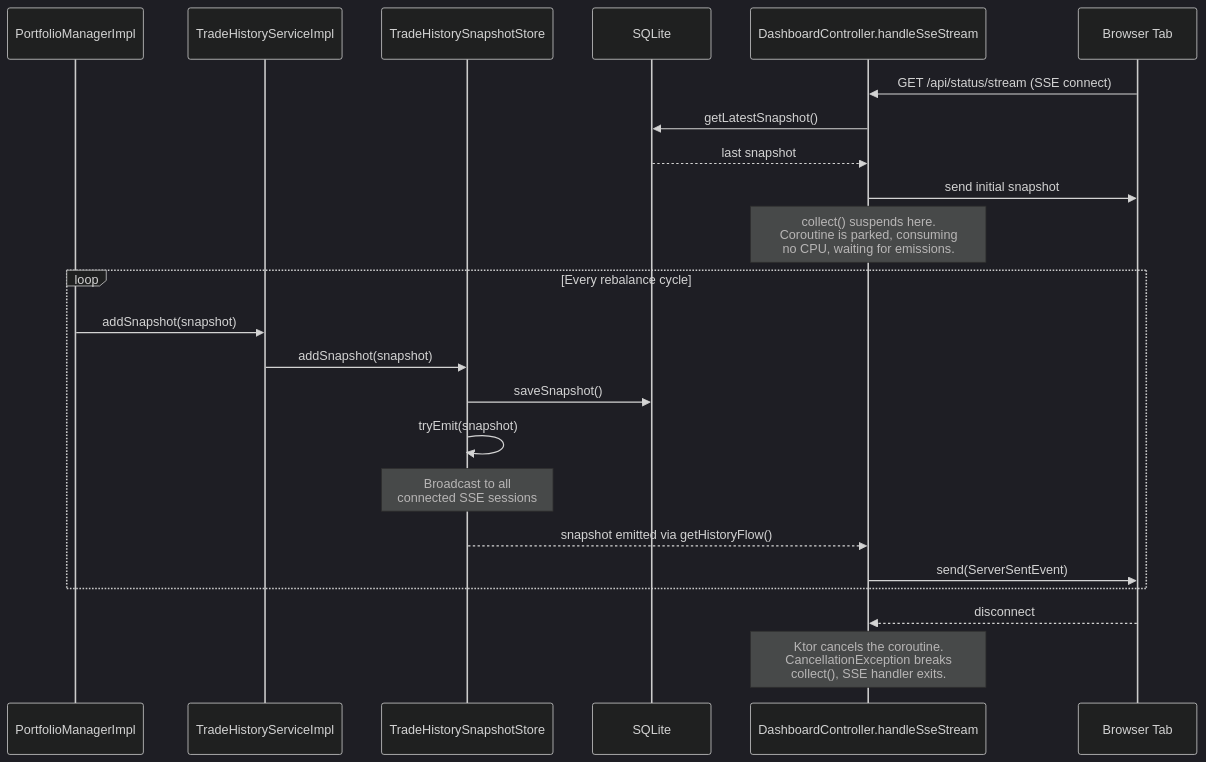
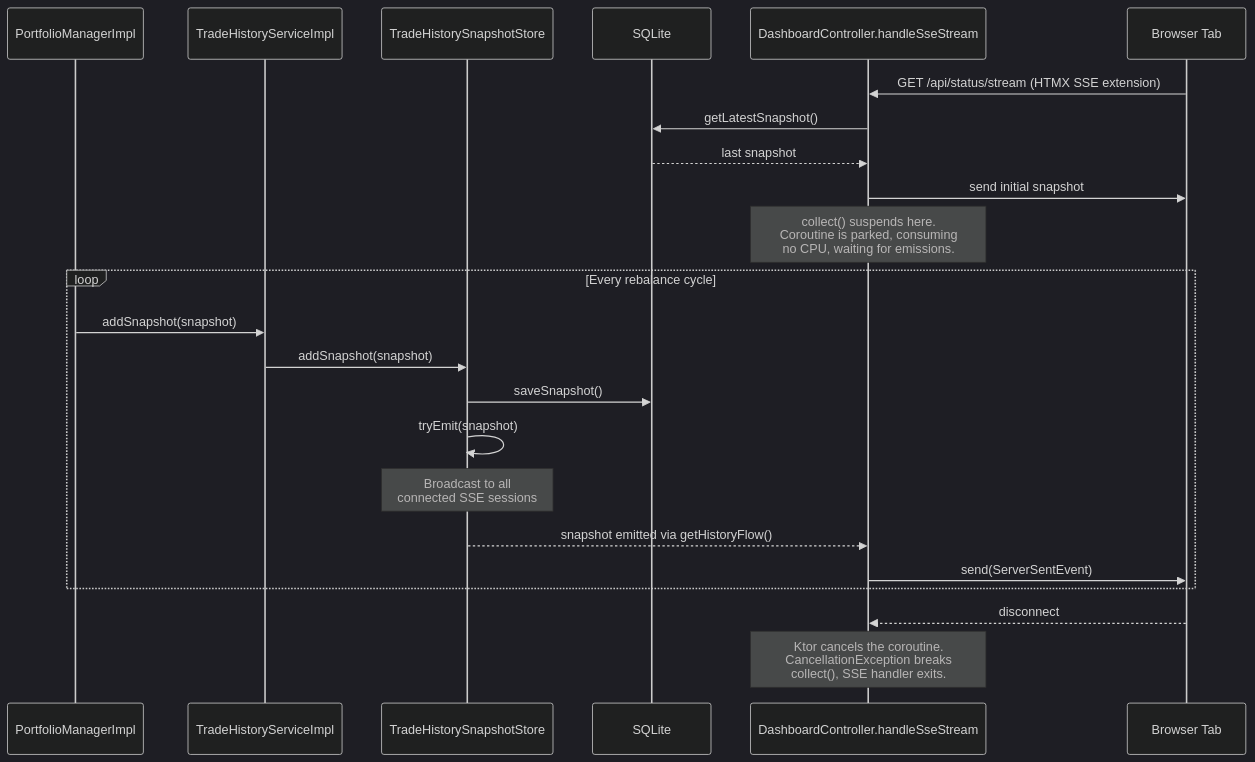
The third of 6 diagrams in docs/FLOWS.md (HyperVon/new-kraken-rebalancer), drawn with Mermaid (dark theme) before and after one commit. The commit also changed other lines of this file and 33 other files, not shown here.

````diff
--- a/docs/FLOWS.md
+++ b/docs/FLOWS.md
@@ -134,29 +134,29 @@
 ```mermaid
 sequenceDiagram
     participant PM as PortfolioManagerImpl
     participant THS as TradeHistoryServiceImpl
     participant Store as TradeHistorySnapshotStore
     participant DB as SQLite
     participant SSE as DashboardController.handleSseStream
     participant Browser as Browser Tab
 
-    Browser->>SSE: GET /api/status/stream (SSE connect)
+    Browser->>SSE: GET /api/status/stream (HTMX SSE extension)
     SSE->>DB: getLatestSnapshot()
     DB-->>SSE: last snapshot
     SSE->>Browser: send initial snapshot
 
     note over SSE: collect() suspends here.<br/>Coroutine is parked, consuming<br/>no CPU, waiting for emissions.
 
     loop Every rebalance cycle
         PM->>THS: addSnapshot(snapshot)
         THS->>Store: addSnapshot(snapshot)
         Store->>DB: saveSnapshot()
         Store->>Store: tryEmit(snapshot)
         note over Store: Broadcast to all<br/>connected SSE sessions
         Store-->>SSE: snapshot emitted via getHistoryFlow()
         SSE->>Browser: send(ServerSentEvent)
     end
 
     Browser-->>SSE: disconnect
     note over SSE: Ktor cancels the coroutine.<br/>CancellationException breaks<br/>collect(), SSE handler exits.
 ```
````
